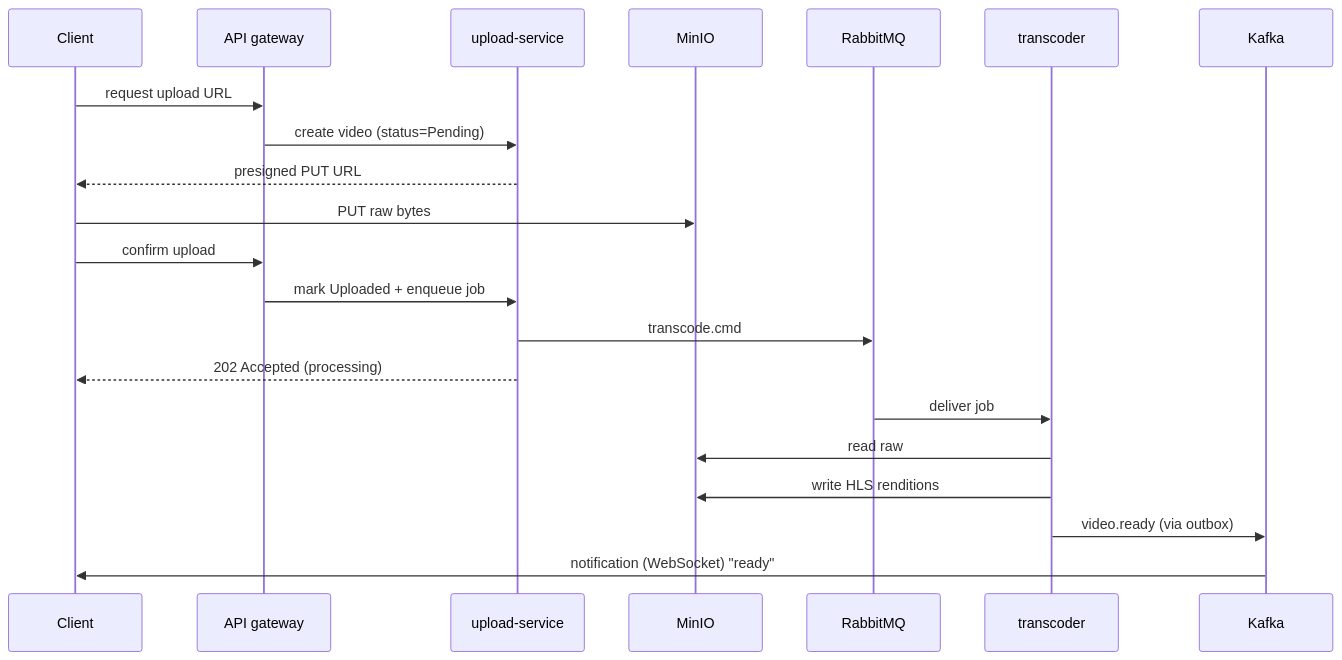
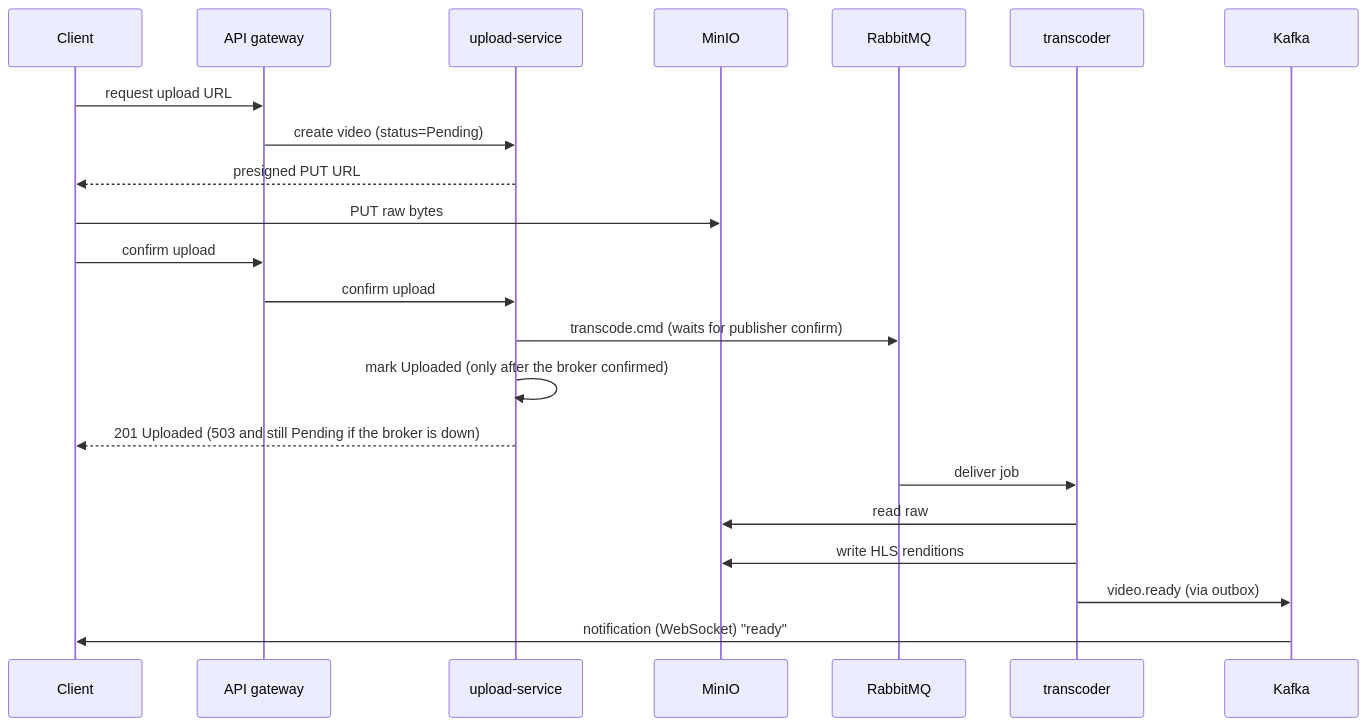
One commit to devravinder/project-youtube-clone changed the third of 9 diagrams in docs/architecture.md. Above: the diagram before and after it, drawn with Mermaid. The commit also changed 51 other files, not shown here.

````diff
--- a/docs/architecture.md
+++ b/docs/architecture.md
@@ -73,23 +73,24 @@
 ```mermaid
 sequenceDiagram
   participant C as Client
   participant GW as API gateway
   participant UP as upload-service
   participant S as MinIO
   participant Q as RabbitMQ
   participant TR as transcoder
   participant K as Kafka
   C->>GW: request upload URL
   GW->>UP: create video (status=Pending)
   UP-->>C: presigned PUT URL
   C->>S: PUT raw bytes
   C->>GW: confirm upload
-  GW->>UP: mark Uploaded + enqueue job
-  UP->>Q: transcode.cmd
-  UP-->>C: 202 Accepted (processing)
+  GW->>UP: confirm upload
+  UP->>Q: transcode.cmd (waits for publisher confirm)
+  UP->>UP: mark Uploaded (only after the broker confirmed)
+  UP-->>C: 201 Uploaded (503 and still Pending if the broker is down)
   Q->>TR: deliver job
   TR->>S: read raw
   TR->>S: write HLS renditions
   TR->>K: video.ready (via outbox)
   K->>C: notification (WebSocket) "ready"
 ```
````
